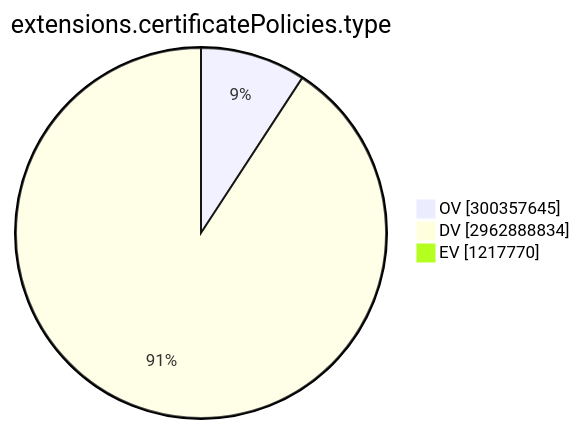
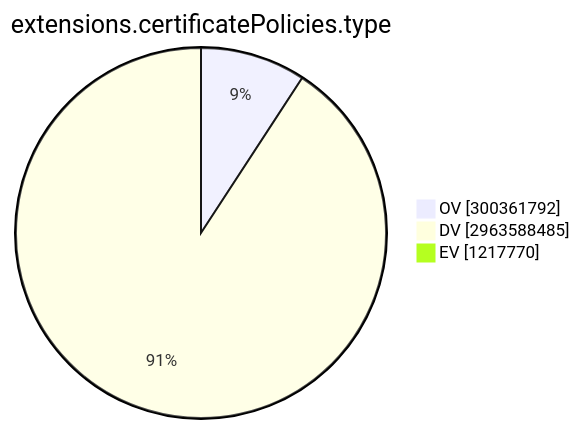
The ninth of 15 diagrams in TOTAL/README.md (christiankrug/ctmonitor_visualization), drawn with Mermaid before and after one commit. The commit also changed other lines of this file, not shown here.

````diff
--- a/TOTAL/README.md
+++ b/TOTAL/README.md
@@ -3101,7 +3101,7 @@
 ```mermaid
 pie showData
 title extensions.certificatePolicies.type
-"OV" :300357645
-"DV" :2962888834
+"OV" :300361792
+"DV" :2963588485
 "EV" :1217770
 ```
````
